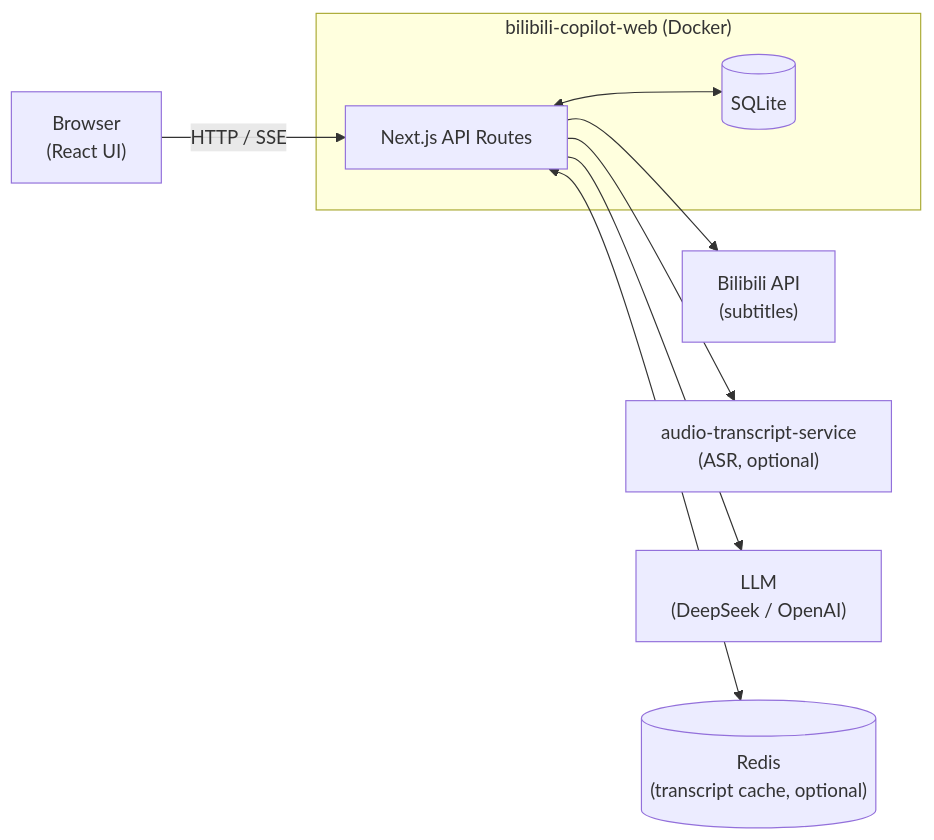
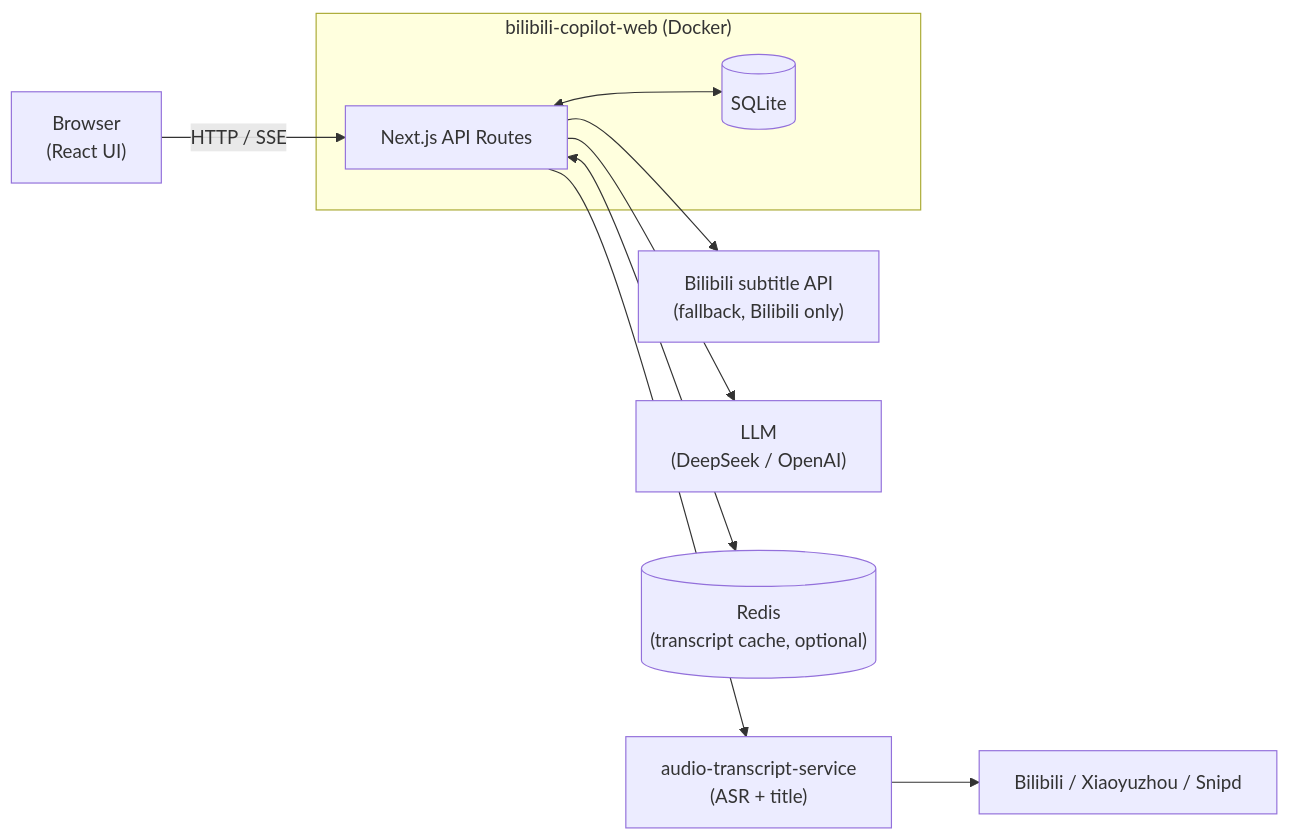
One commit to YANGZ001/bilibili-copilot-web changed the diagram in README.md. Above: the diagram before and after it, drawn with Mermaid. The commit also changed other lines of this file and 19 other files, not shown here.

First line of the commit message:
feat: support Snipd and Xiaoyuzhou links alongside Bilibili (#9)

````diff
--- a/README.md
+++ b/README.md
@@ -9,21 +9,23 @@
 ```mermaid
 flowchart LR
     Browser["Browser\n(React UI)"]
 
     subgraph App ["bilibili-copilot-web (Docker)"]
         API["Next.js API Routes"]
         SQLite[("SQLite")]
         API <--> SQLite
     end
 
-    BiliAPI["Bilibili API\n(subtitles)"]
-    ASR["audio-transcript-service\n(ASR, optional)"]
+    Sources["Bilibili / Xiaoyuzhou / Snipd"]
+    ASR["audio-transcript-service\n(ASR + title)"]
+    BiliAPI["Bilibili subtitle API\n(fallback, Bilibili only)"]
     LLM["LLM\n(DeepSeek / OpenAI)"]
     Redis[("Redis\n(transcript cache, optional)")]
 
     Browser -->|"HTTP / SSE"| API
+    API --> ASR
+    ASR --> Sources
     API --> BiliAPI
-    API --> ASR
     API <--> Redis
     API --> LLM
 ```
````
